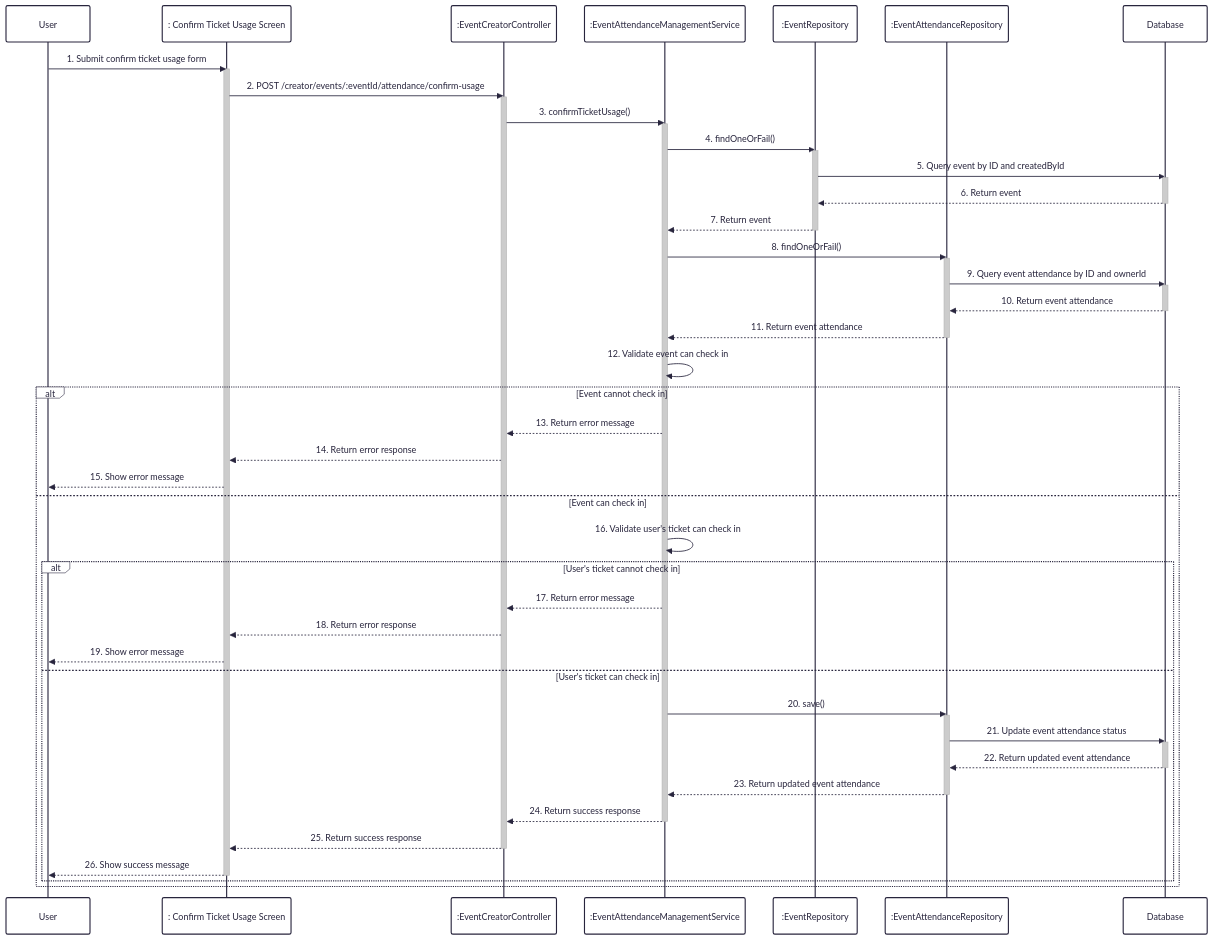
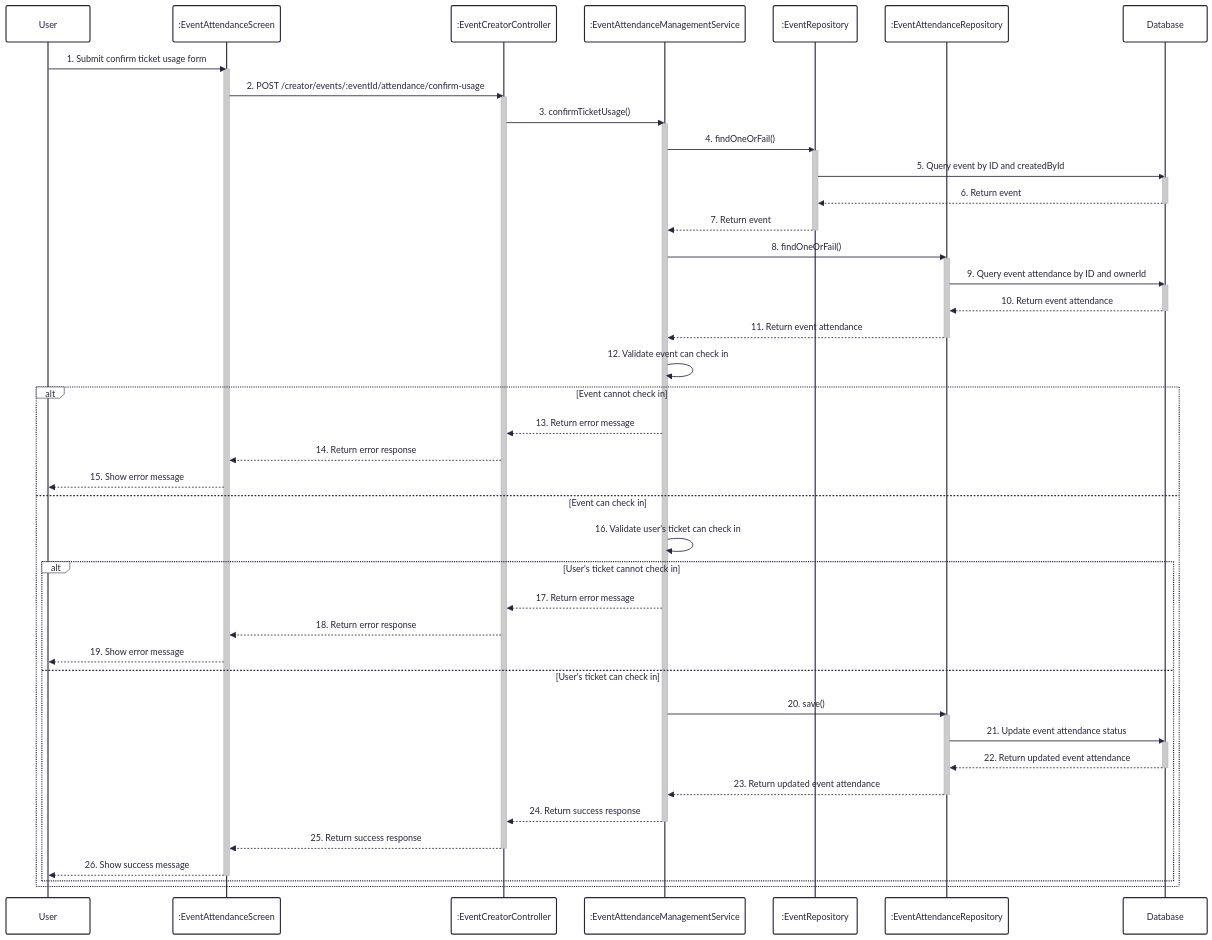
Before and after one commit to UrbanLens-2025/urban-lens_server: the diagram in docs/sequence/10-confirm-ticket-usage.md, drawn with Mermaid. The commit also changed 19 other files, not shown here.

````diff
--- a/docs/sequence/10-confirm-ticket-usage.md
+++ b/docs/sequence/10-confirm-ticket-usage.md
@@ -1,66 +1,66 @@
 ```mermaid
 ---
 config:
   theme: redux
   look: classic
 ---
 sequenceDiagram
     participant User
-    participant Frontend as : Confirm Ticket Usage Screen
+    participant EventAttendanceScreen as :EventAttendanceScreen
     participant EventCreatorController as :EventCreatorController
     participant EventAttendanceManagementService as :EventAttendanceManagementService
     participant EventRepository as :EventRepository
     participant EventAttendanceRepository as :EventAttendanceRepository
     participant Database
 
-    User->>Frontend: 1. Submit confirm ticket usage form
-    activate Frontend
-    Frontend->>EventCreatorController: 2. POST /creator/events/:eventId/attendance/confirm-usage
+    User->>EventAttendanceScreen: 1. Submit confirm ticket usage form
+    activate EventAttendanceScreen
+    EventAttendanceScreen->>EventCreatorController: 2. POST /creator/events/:eventId/attendance/confirm-usage
     activate EventCreatorController
     EventCreatorController->>EventAttendanceManagementService: 3. confirmTicketUsage()
     activate EventAttendanceManagementService
     EventAttendanceManagementService->>EventRepository: 4. findOneOrFail()
     activate EventRepository
     EventRepository->>Database: 5. Query event by ID and createdById
     activate Database
     Database-->>EventRepository: 6. Return event
     deactivate Database
     EventRepository-->>EventAttendanceManagementService: 7. Return event
     deactivate EventRepository
     EventAttendanceManagementService->>EventAttendanceRepository: 8. findOneOrFail()
     activate EventAttendanceRepository
     EventAttendanceRepository->>Database: 9. Query event attendance by ID and ownerId
     activate Database
     Database-->>EventAttendanceRepository: 10. Return event attendance
     deactivate Database
     EventAttendanceRepository-->>EventAttendanceManagementService: 11. Return event attendance
     deactivate EventAttendanceRepository
     EventAttendanceManagementService->>EventAttendanceManagementService: 12. Validate event can check in
     alt Event cannot check in
         EventAttendanceManagementService-->>EventCreatorController: 13. Return error message
-        EventCreatorController-->>Frontend: 14. Return error response
-        Frontend-->>User: 15. Show error message
+        EventCreatorController-->>EventAttendanceScreen: 14. Return error response
+        EventAttendanceScreen-->>User: 15. Show error message
     else Event can check in
         EventAttendanceManagementService->>EventAttendanceManagementService: 16. Validate user's ticket can check in
         alt User's ticket cannot check in
             EventAttendanceManagementService-->>EventCreatorController: 17. Return error message
-            EventCreatorController-->>Frontend: 18. Return error response
-            Frontend-->>User: 19. Show error message
+            EventCreatorController-->>EventAttendanceScreen: 18. Return error response
+            EventAttendanceScreen-->>User: 19. Show error message
         else User's ticket can check in
             EventAttendanceManagementService->>EventAttendanceRepository: 20. save()
             activate EventAttendanceRepository
             EventAttendanceRepository->>Database: 21. Update event attendance status
             activate Database
             Database-->>EventAttendanceRepository: 22. Return updated event attendance
             deactivate Database
             EventAttendanceRepository-->>EventAttendanceManagementService: 23. Return updated event attendance
             deactivate EventAttendanceRepository
             EventAttendanceManagementService-->>EventCreatorController: 24. Return success response
             deactivate EventAttendanceManagementService
-            EventCreatorController-->>Frontend: 25. Return success response
+            EventCreatorController-->>EventAttendanceScreen: 25. Return success response
             deactivate EventCreatorController
-            Frontend-->>User: 26. Show success message
-            deactivate Frontend
+            EventAttendanceScreen-->>User: 26. Show success message
+            deactivate EventAttendanceScreen
         end
     end
 ```
````
